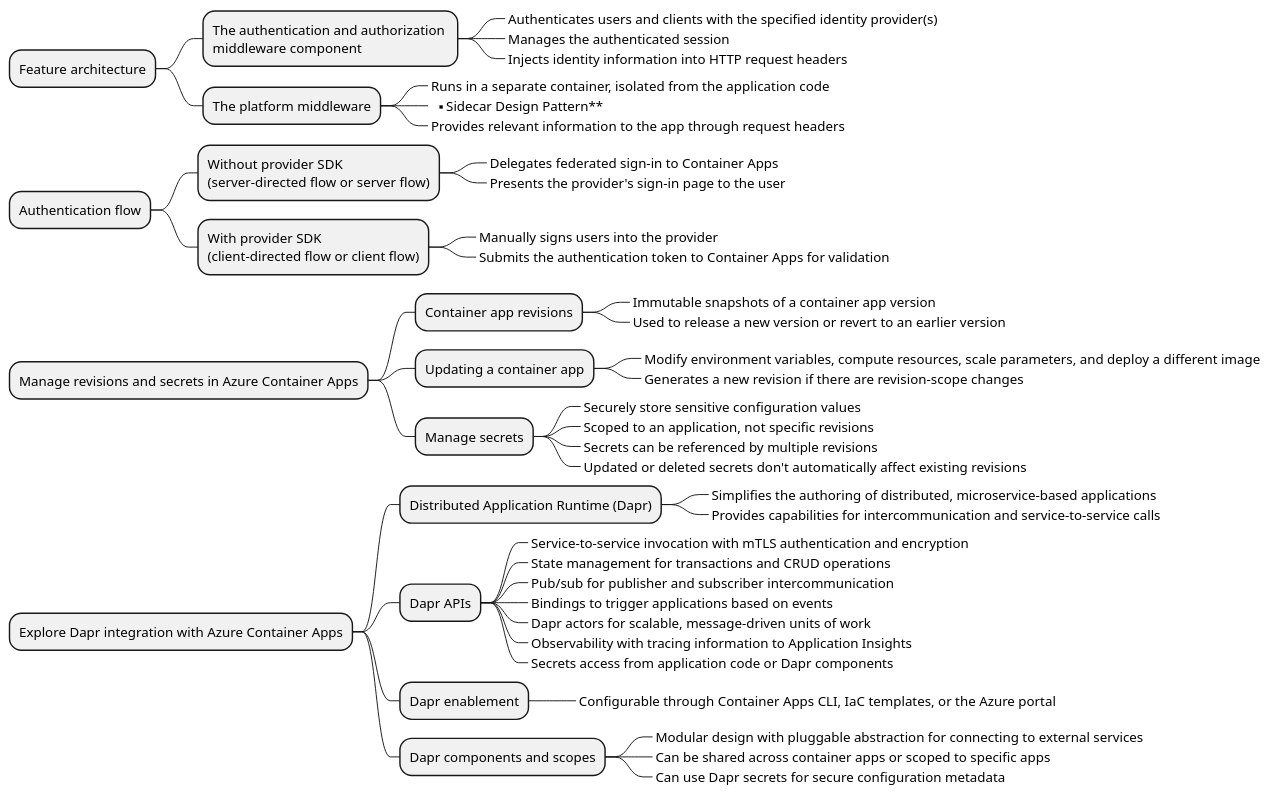
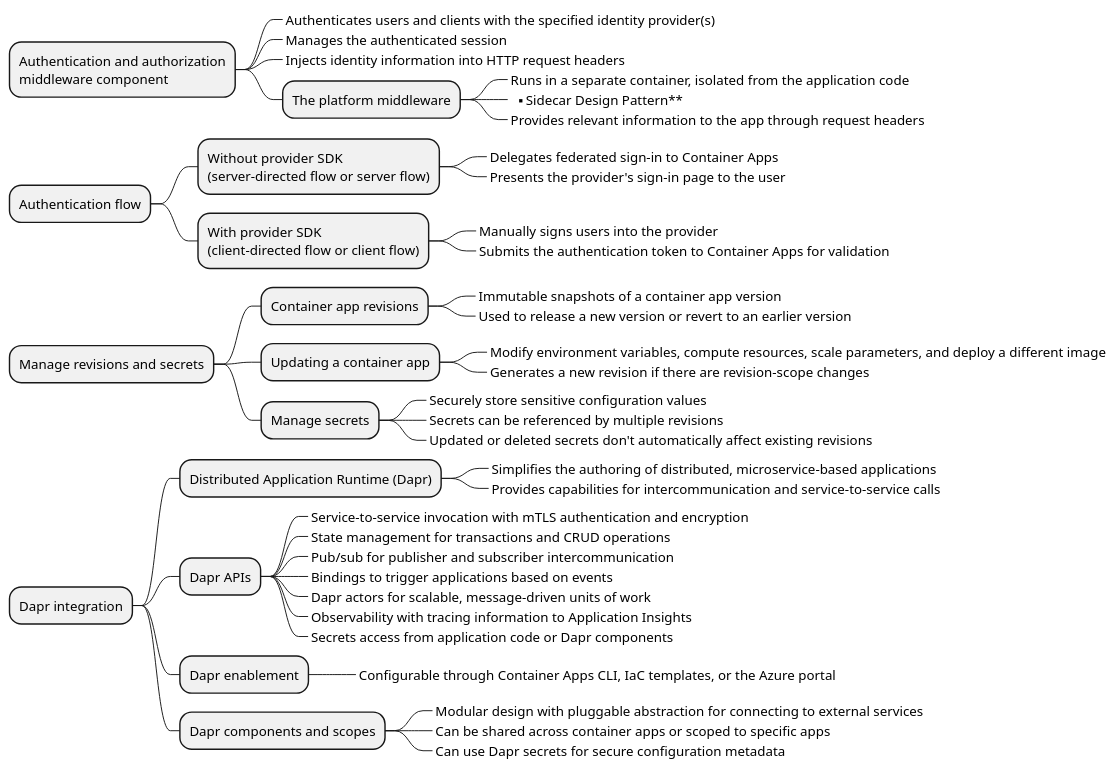
Before and after one commit to bobbyache/AZ-204: the diagram in 03 - containerized-solutions/diagrams/container-apps-2.plantuml, drawn with PlantUML. The commit also changed 19 other files, not shown here.

Commit message:
begin sprucing up mindmaps

```diff
--- a/03 - containerized-solutions/diagrams/container-apps-2.plantuml
+++ b/03 - containerized-solutions/diagrams/container-apps-2.plantuml
@@ -1,55 +1,53 @@
 @startmindmap
 skinparam nodeWidth 200
 skinparam nodeHeight 30
 
-+ Feature architecture
-++ The authentication and authorization \nmiddleware component
-+++_ Authenticates users and clients with the specified identity provider(s)
-+++_ Manages the authenticated session
-+++_ Injects identity information into HTTP request headers
 
++ Authentication and authorization\nmiddleware component
+++_ Authenticates users and clients with the specified identity provider(s)
+++_ Manages the authenticated session
+++_ Injects identity information into HTTP request headers
 ++ The platform middleware
 +++_ Runs in a separate container, isolated from the application code
 +++_ ** Sidecar Design Pattern**
 +++_ Provides relevant information to the app through request headers
 
 + Authentication flow
 ++ Without provider SDK\n(server-directed flow or server flow)
 +++_ Delegates federated sign-in to Container Apps
 +++_ Presents the provider's sign-in page to the user
 ++ With provider SDK\n(client-directed flow or client flow)
 +++_ Manually signs users into the provider
 +++_ Submits the authentication token to Container Apps for validation
 
-+ Manage revisions and secrets in Azure Container Apps
++ Manage revisions and secrets
 ++ Container app revisions
 +++_ Immutable snapshots of a container app version
 +++_ Used to release a new version or revert to an earlier version
 ++ Updating a container app
 +++_ Modify environment variables, compute resources, scale parameters, and deploy a different image
 +++_ Generates a new revision if there are revision-scope changes
 ++ Manage secrets
 +++_ Securely store sensitive configuration values
-+++_ Scoped to an application, not specific revisions
 +++_ Secrets can be referenced by multiple revisions
 +++_ Updated or deleted secrets don't automatically affect existing revisions
 
-+ Explore Dapr integration with Azure Container Apps
++ Dapr integration
 ++ Distributed Application Runtime (Dapr)
 +++_ Simplifies the authoring of distributed, microservice-based applications
 +++_ Provides capabilities for intercommunication and service-to-service calls
 ++ Dapr APIs
 +++_ Service-to-service invocation with mTLS authentication and encryption
 +++_ State management for transactions and CRUD operations
 +++_ Pub/sub for publisher and subscriber intercommunication
 +++_ Bindings to trigger applications based on events
 +++_ Dapr actors for scalable, message-driven units of work
 +++_ Observability with tracing information to Application Insights
 +++_ Secrets access from application code or Dapr components
 ++ Dapr enablement
 +++_ Configurable through Container Apps CLI, IaC templates, or the Azure portal
 ++ Dapr components and scopes
 +++_ Modular design with pluggable abstraction for connecting to external services
 +++_ Can be shared across container apps or scoped to specific apps
 +++_ Can use Dapr secrets for secure configuration metadata
 @endmindmap
```
